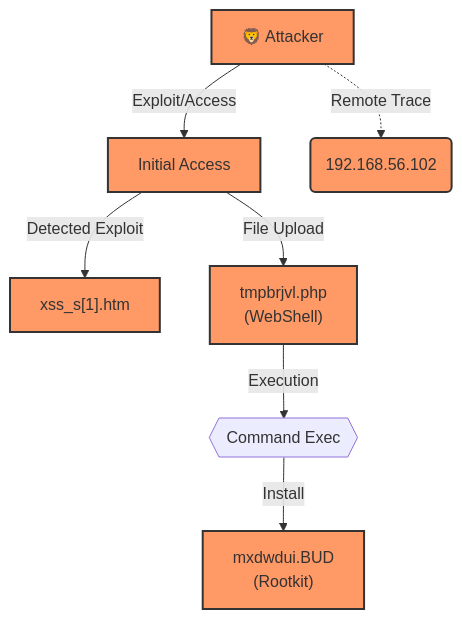
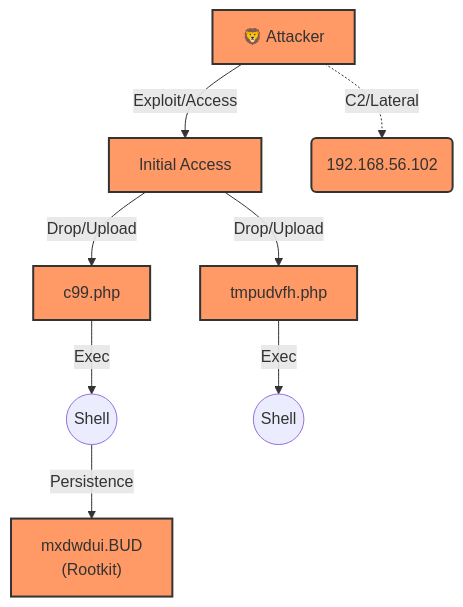
Before and after one commit to schutzz/SkiaHelios: the second of 2 diagrams in README.md, drawn with Mermaid. The commit also changed other lines of this file, not shown here.

Commit message:
docs: Update README to v2.5 (Modular & Omni-Visual Edition)

````diff
--- a/README.md
+++ b/README.md
@@ -175,17 +177,19 @@
 ```mermaid
 graph TD
-    %% [Visual Style v1.0 Restoration with Syntax Guard]
+    %% [Visual Style v2.5 - Omni-Visual]
     Attacker[🦁 Attacker] -->|Exploit/Access| Initial[Initial Access]
     
-    Initial -->|Detected Exploit| Ex_1["xss_s[1].htm"]
-    Initial -->|File Upload| WS_1["tmpbrjvl.php <br/>(WebShell)"]
+    Initial -->|Drop/Upload| WS_1["c99.php"]
+    WS_1 -->|Exec| Cmd_1((Shell))
     
-    WS_1 -->|Execution| Cmd_1{{Command Exec}}
-    Cmd_1 -->|Install| RK_1["mxdwdui.BUD <br/>(Rootkit)"]
+    Initial -->|Drop/Upload| WS_2["tmpudvfh.php"]
+    WS_2 -->|Exec| Cmd_2((Shell))
     
-    Attacker -.->|Remote Trace| IP_1("192.168.56.102")
+    Cmd_1 -->|Persistence| RK_1["mxdwdui.BUD <br/>(Rootkit)"]
+    
+    Attacker -.->|C2/Lateral| IP_1("192.168.56.102")
 
-    %% Styles (Original Orange Palette)
+    %% Styles
     classDef threat fill:#f96,stroke:#333,stroke-width:2px;
-    class Attacker,Initial,WS_1,RK_1,Ex_1,IP_1 threat;
+    class Attacker,Initial,WS_1,WS_2,RK_1,IP_1 threat;
 ```
````
